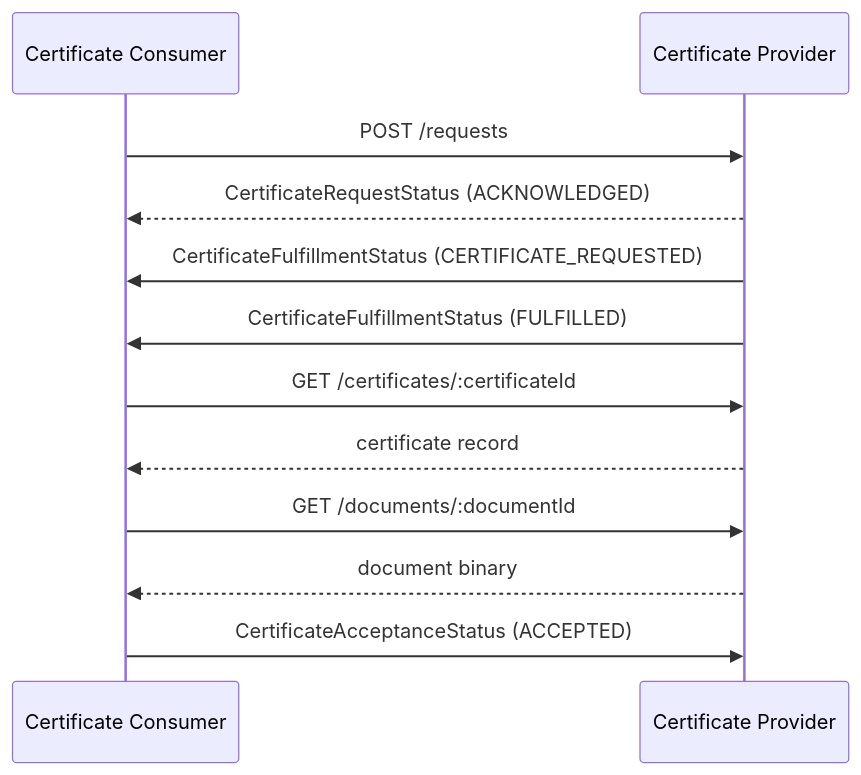
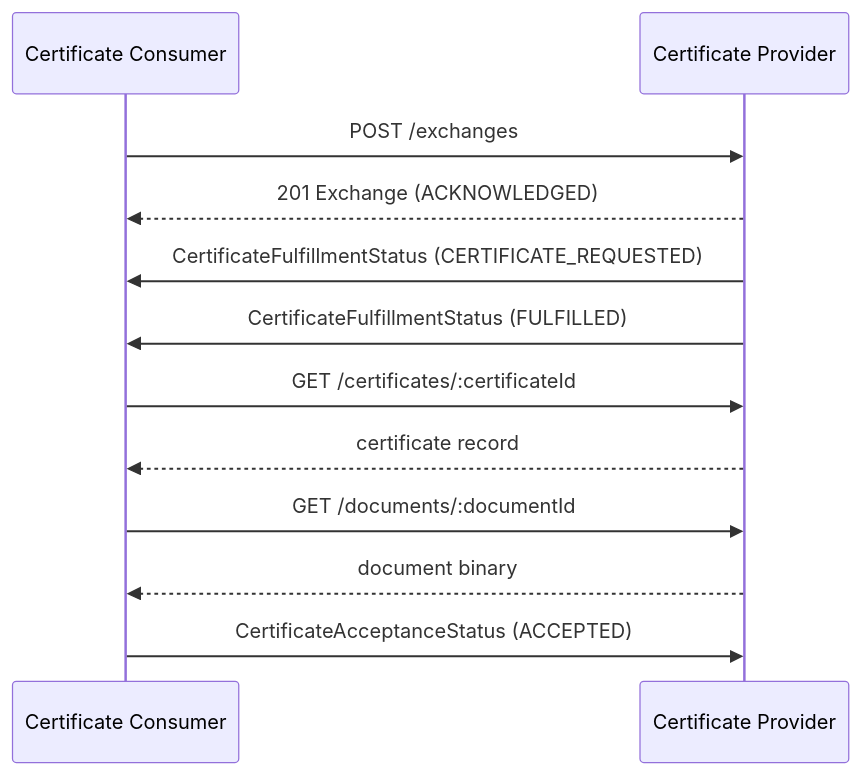
Before and after one commit to Metaform/certo: the fourth of 4 diagrams in docs/sce/certificate-exchange.md, drawn with Mermaid. The commit also changed other lines of this file and 8 other files, not shown here.

````diff
--- a/docs/sce/certificate-exchange.md
+++ b/docs/sce/certificate-exchange.md
@@ -404,14 +413,14 @@
 ```mermaid
 sequenceDiagram
     participant con as Certificate Consumer
     participant prov as Certificate Provider
-    con ->> prov: POST /requests
-    prov -->> con: CertificateRequestStatus (ACKNOWLEDGED)
+    con ->> prov: POST /exchanges
+    prov -->> con: 201 Exchange (ACKNOWLEDGED)
     prov ->> con: CertificateFulfillmentStatus (CERTIFICATE_REQUESTED)
     prov ->> con: CertificateFulfillmentStatus (FULFILLED)
     con ->> prov: GET /certificates/:certificateId
     prov -->> con: certificate record
     con ->> prov: GET /documents/:documentId
     prov -->> con: document binary
     con ->> prov: CertificateAcceptanceStatus (ACCEPTED)
 ```
````
